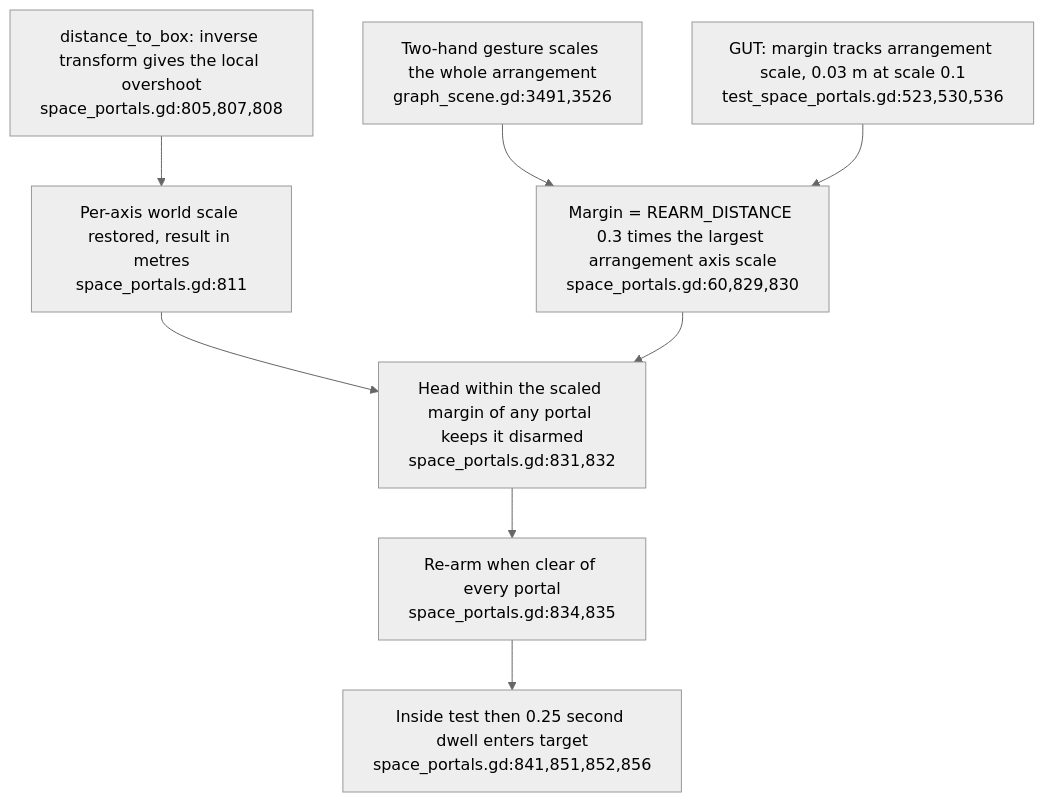
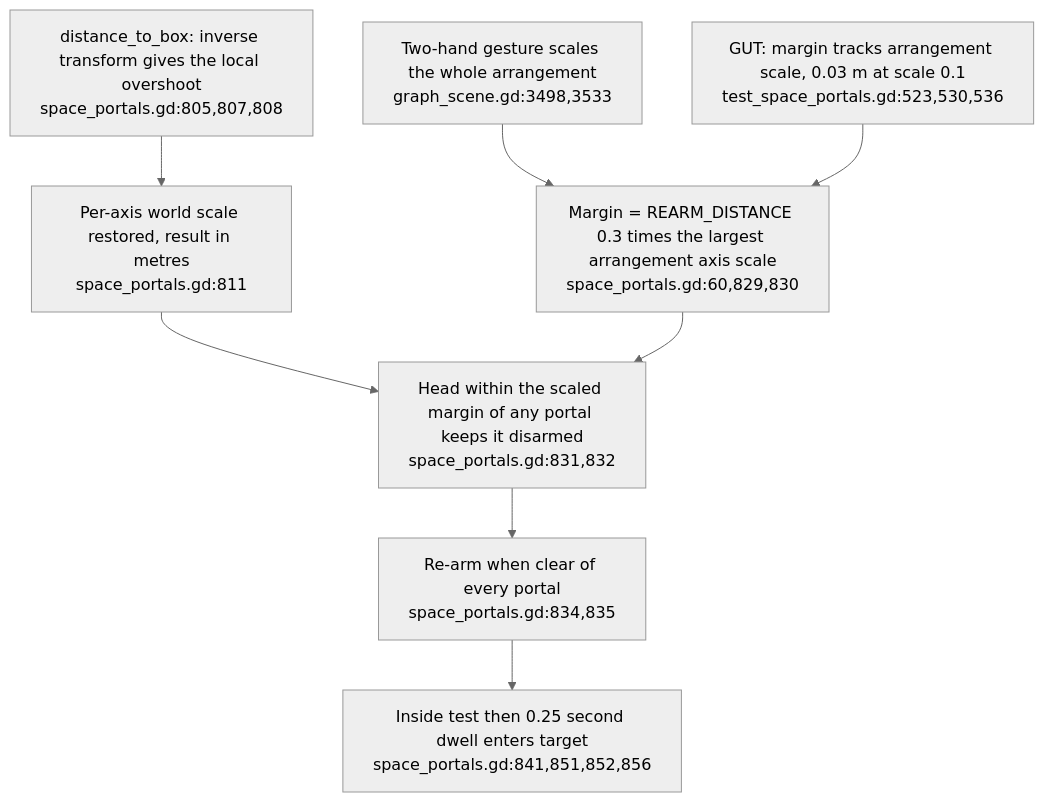
One commit to DreamLab-AI/VisionFlow changed the second of 3 diagrams in docs/diagrams/visionclaw/47-portal-entry-and-scaled-walkthrough.md. Above: the diagram before and after it, drawn with Mermaid (neutral theme). The commit also changed other lines of this file and 24 other files, not shown here.

Commit message:
docs: align XR liveness, filtering and rendering diagrams (#33)

````diff
--- a/docs/diagrams/visionclaw/47-portal-entry-and-scaled-walkthrough.md
+++ b/docs/diagrams/visionclaw/47-portal-entry-and-scaled-walkthrough.md
@@ -41,10 +41,10 @@
 ```mermaid
 flowchart TD
-    HAND["Two-hand gesture scales the whole arrangement<br/>graph_scene.gd:3491,3526"] --> MARGIN["Margin = REARM_DISTANCE 0.3 times the largest arrangement axis scale<br/>space_portals.gd:60,829,830"]
+    HAND["Two-hand gesture scales the whole arrangement<br/>graph_scene.gd:3498,3533"] --> MARGIN["Margin = REARM_DISTANCE 0.3 times the largest arrangement axis scale<br/>space_portals.gd:60,829,830"]
     INV["distance_to_box: inverse transform gives the local overshoot<br/>space_portals.gd:805,807,808"] --> WORLD["Per-axis world scale restored, result in metres<br/>space_portals.gd:811"]
     WORLD --> LIMIT["Head within the scaled margin of any portal keeps it disarmed<br/>space_portals.gd:831,832"]
     MARGIN --> LIMIT
     LIMIT --> ARM["Re-arm when clear of every portal<br/>space_portals.gd:834,835"]
     ARM --> DWELL["Inside test then 0.25 second dwell enters target<br/>space_portals.gd:841,851,852,856"]
     TEST["GUT: margin tracks arrangement scale, 0.03 m at scale 0.1<br/>test_space_portals.gd:523,530,536"] --> MARGIN
 ```
````
